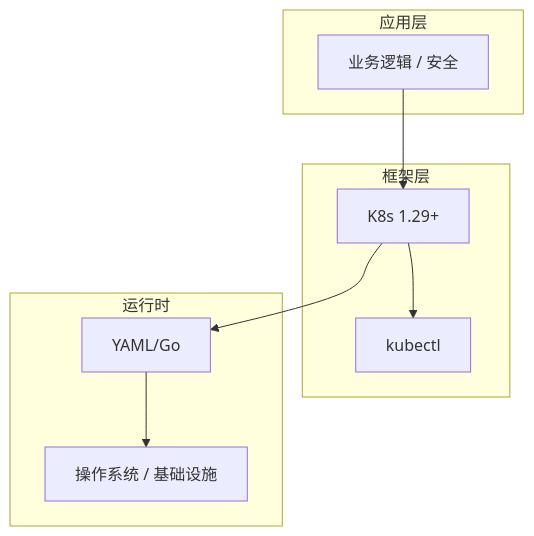
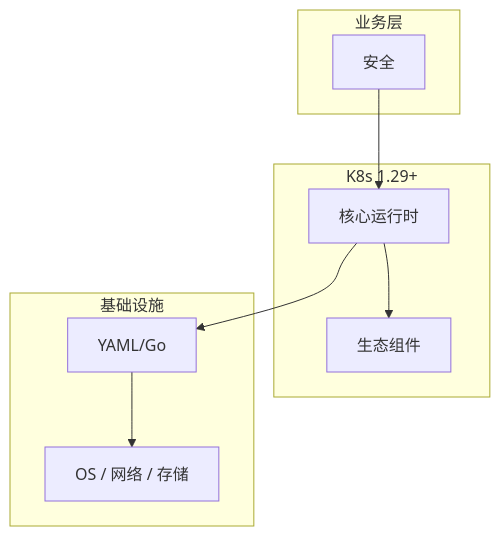
The diagram in articles/Kubernetes/chapters/177-安全核心概念与原理.md (yanggan2015/knowledge-json-v2), drawn with Mermaid before and after one commit. The commit also changed other lines of this file and 10127 other files, not shown here.

````diff
--- a/articles/Kubernetes/chapters/177-安全核心概念与原理.md
+++ b/articles/Kubernetes/chapters/177-安全核心概念与原理.md
@@ -45,18 +34,18 @@
 ```mermaid
 graph TB
-    subgraph 应用层
-        A[业务逻辑 / 安全]
+    subgraph 业务层
+        A[安全]
     end
-    subgraph 框架层
-        B[K8s 1.29+]
-        C[kubectl]
+    subgraph K8s 1.29+
+        B[核心运行时]
+        C[生态组件]
     end
-    subgraph 运行时
+    subgraph 基础设施
         D[YAML/Go]
-        E[操作系统 / 基础设施]
+        E[OS / 网络 / 存储]
     end
     A --> B
     B --> C
     B --> D
     D --> E
 ```
````
